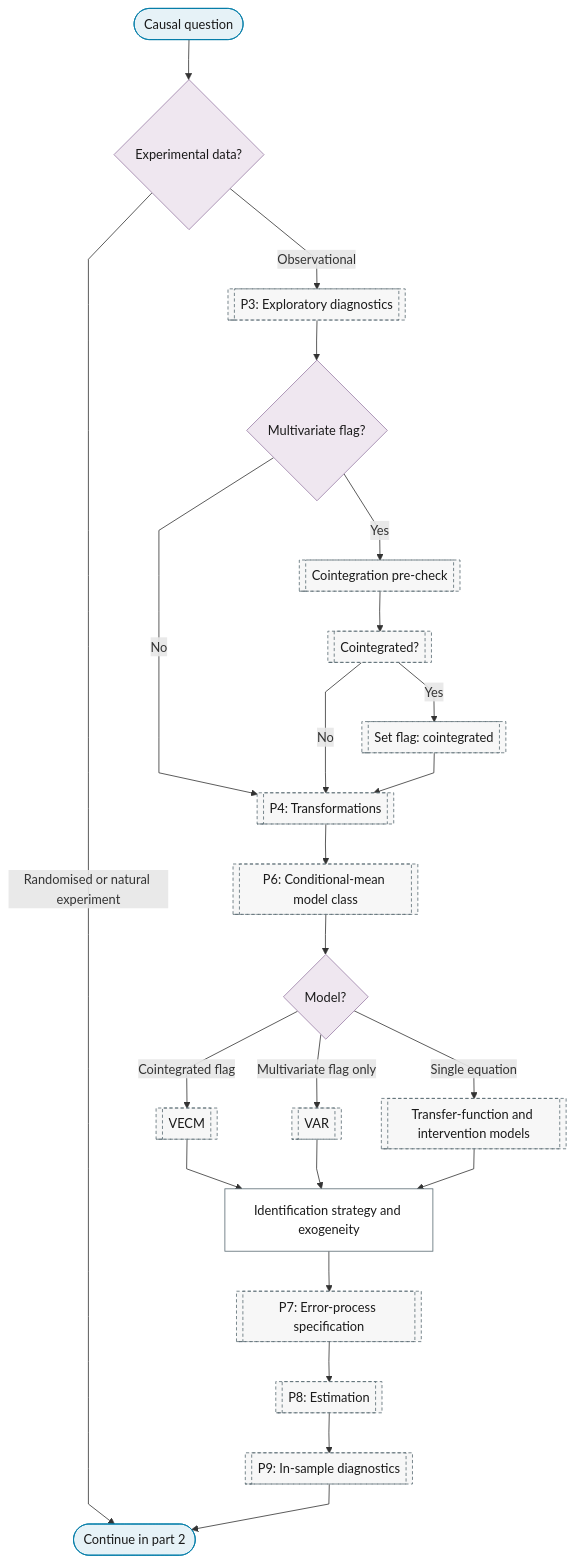
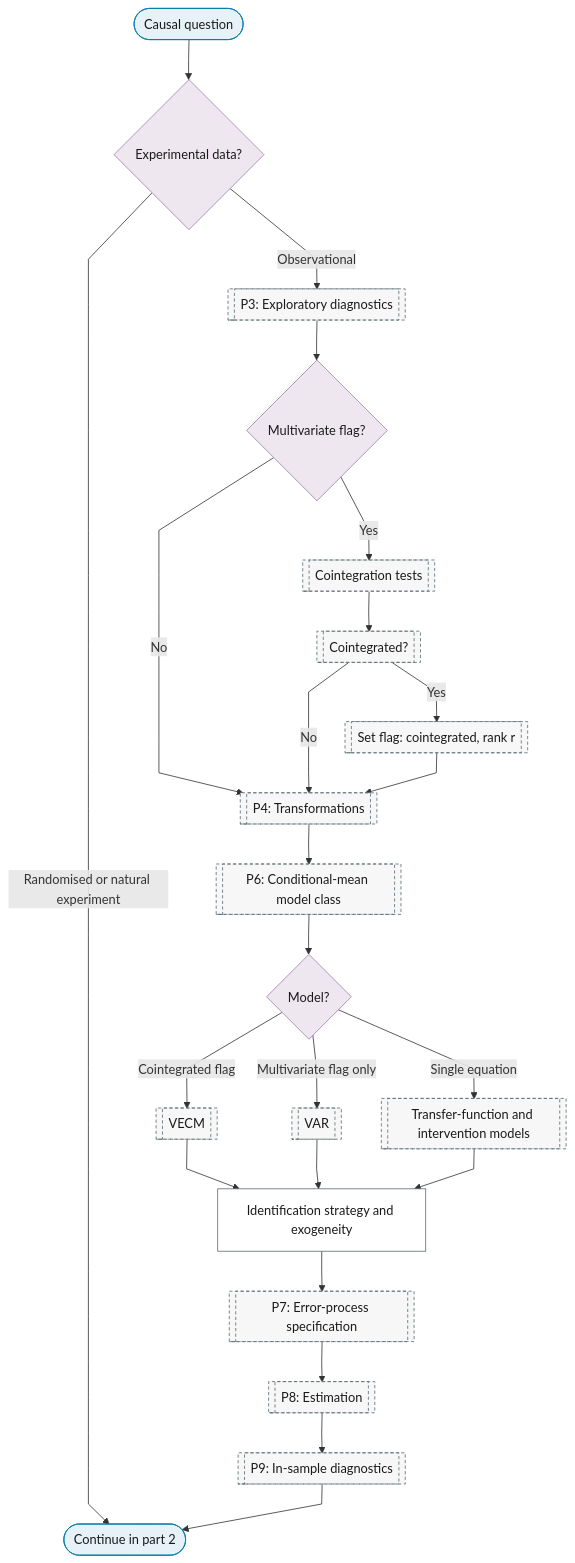
One commit to Shuxin-Y/time-series-analysis-manual changed the first of 2 diagrams in docs/01-workflow/p00-purpose/02-causal-inference.md. Above: the diagram before and after it, drawn with Mermaid. The commit also changed 2 other files, not shown here.

````diff
--- a/docs/01-workflow/p00-purpose/02-causal-inference.md
+++ b/docs/01-workflow/p00-purpose/02-causal-inference.md
@@ -9,36 +9,36 @@
 ```mermaid
 %%{init: {"flowchart": {"curve": "linear"}}}%%
 graph TD
     P0_CA_IN(["Causal question"]) --> P0_CA_DESIGN{"Experimental data?"}
     P0_CA_DESIGN -->|"Randomised or natural experiment"| P0_CA_TO_PART_2
     P0_CA_DESIGN -->|"Observational"| P3[["P3: Exploratory diagnostics"]]
     P3 --> P0_CA_MULTI{"Multivariate flag?"}
-    P0_CA_MULTI -->|"Yes"| P3_COINTEGRATION_PRECHECK[["Cointegration pre-check"]]
+    P0_CA_MULTI -->|"Yes"| P3_COINTEGRATION_PRECHECK[["Cointegration tests"]]
     P0_CA_MULTI -->|"No"| P4
     P3_COINTEGRATION_PRECHECK --> P3_COINT_VERDICT[["Cointegrated?"]]
-    P3_COINT_VERDICT -->|"Yes"| P3_COINT_FLAG[["Set flag: cointegrated"]]
+    P3_COINT_VERDICT -->|"Yes"| P3_COINT_FLAG[["Set flag: cointegrated, rank r"]]
     P3_COINT_VERDICT -->|"No"| P4
     P3_COINT_FLAG --> P4[["P4: Transformations"]]
     P4 --> P6[["P6: Conditional-mean model class"]]
     P6 --> P0_CA_MODEL{"Model?"}
     P0_CA_MODEL -->|"Cointegrated flag"| P6_VECM[["VECM"]]
     P0_CA_MODEL -->|"Multivariate flag only"| P6_VAR[["VAR"]]
     P0_CA_MODEL -->|"Single equation"| P6_TRANSFER_FUNCTION[["Transfer-function and intervention models"]]
     P6_VECM & P6_VAR & P6_TRANSFER_FUNCTION --> P0_CA_IDENTIFICATION["Identification strategy and exogeneity"]
     P0_CA_IDENTIFICATION --> P7[["P7: Error-process specification"]]
     P7 --> P8[["P8: Estimation"]]
     P8 --> P9[["P9: In-sample diagnostics"]]
     P9 --> P0_CA_TO_PART_2(["Continue in part 2"])
     class P0_CA_IN,P0_CA_TO_PART_2 terminator
     class P0_CA_DESIGN,P0_CA_MULTI,P0_CA_MODEL decision
     class P0_CA_IDENTIFICATION process
     class P3,P3_COINTEGRATION_PRECHECK,P3_COINT_VERDICT,P3_COINT_FLAG,P4,P6,P6_VECM,P6_VAR,P6_TRANSFER_FUNCTION,P7,P8,P9 ref
     classDef terminator fill:#E6F2F7,stroke:#007BA7,color:#1A1A1A;
     classDef process fill:#FFFFFF,stroke:#5A6B73,color:#1A1A1A;
     classDef decision fill:#EFE7F0,stroke:#9B7FA7,color:#1A1A1A;
     classDef data fill:#FFF4E0,stroke:#C9A55E,color:#1A1A1A;
     classDef good fill:#DCEFD8,stroke:#4A7A3F,color:#1A1A1A;
     classDef escalate fill:#FFE9C2,stroke:#C9A55E,color:#1A1A1A;
     classDef problem fill:#F2D9DE,stroke:#800020,color:#1A1A1A;
     classDef ref fill:#F7F7F7,stroke:#5A6B73,color:#1A1A1A,stroke-dasharray:4 3;
 ```
````
